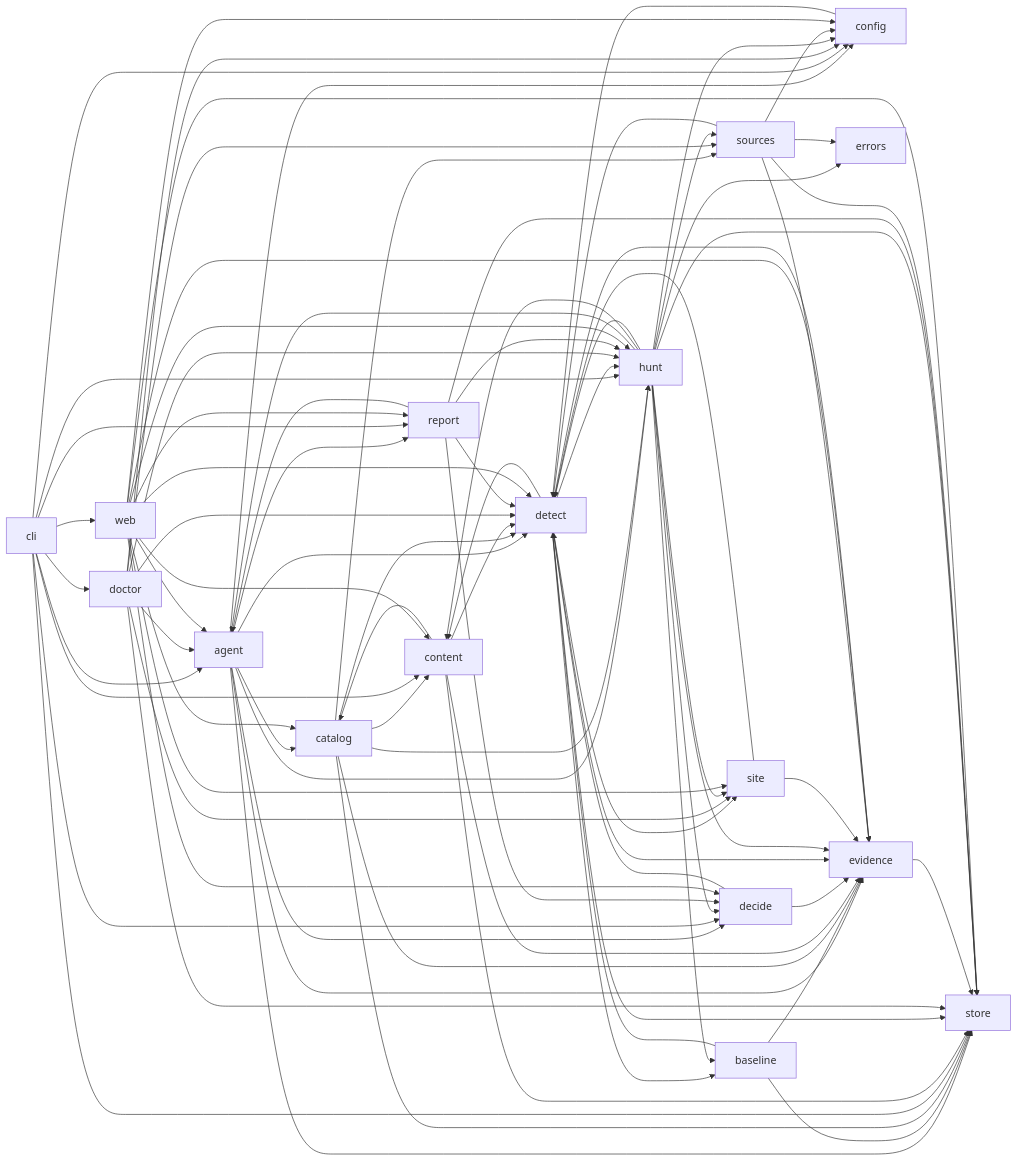
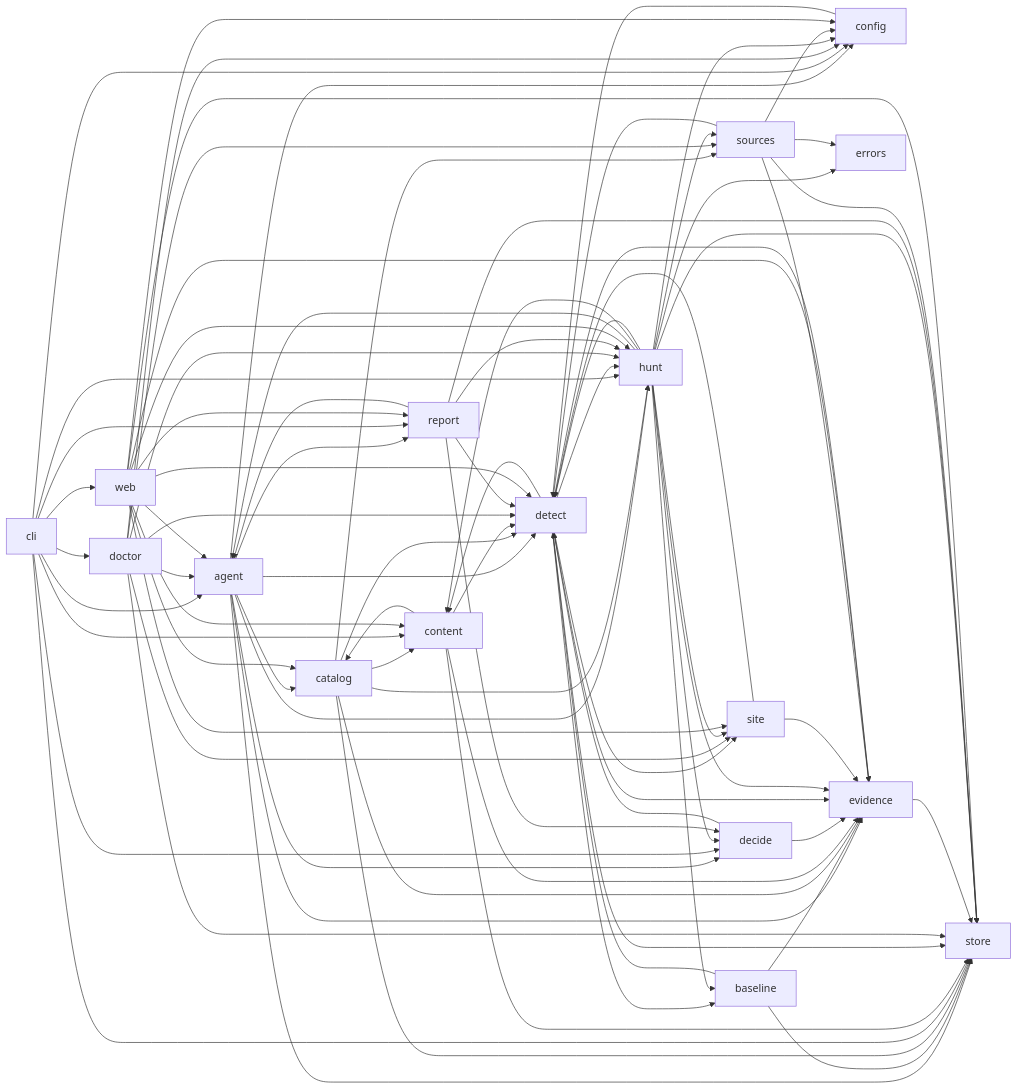
Before and after one commit to nickthabib-cloud/ROMULUS: the diagram in docs/architecture/MODULE_MAP.md, drawn with Mermaid. The commit also changed other lines of this file and 33 other files, not shown here.

```diff
--- a/docs/architecture/MODULE_MAP.md
+++ b/docs/architecture/MODULE_MAP.md
@@ -366,7 +368,6 @@
   web --> catalog
   web --> config
   web --> content
-  web --> decide
   web --> detect
   web --> evidence
   web --> hunt
```
